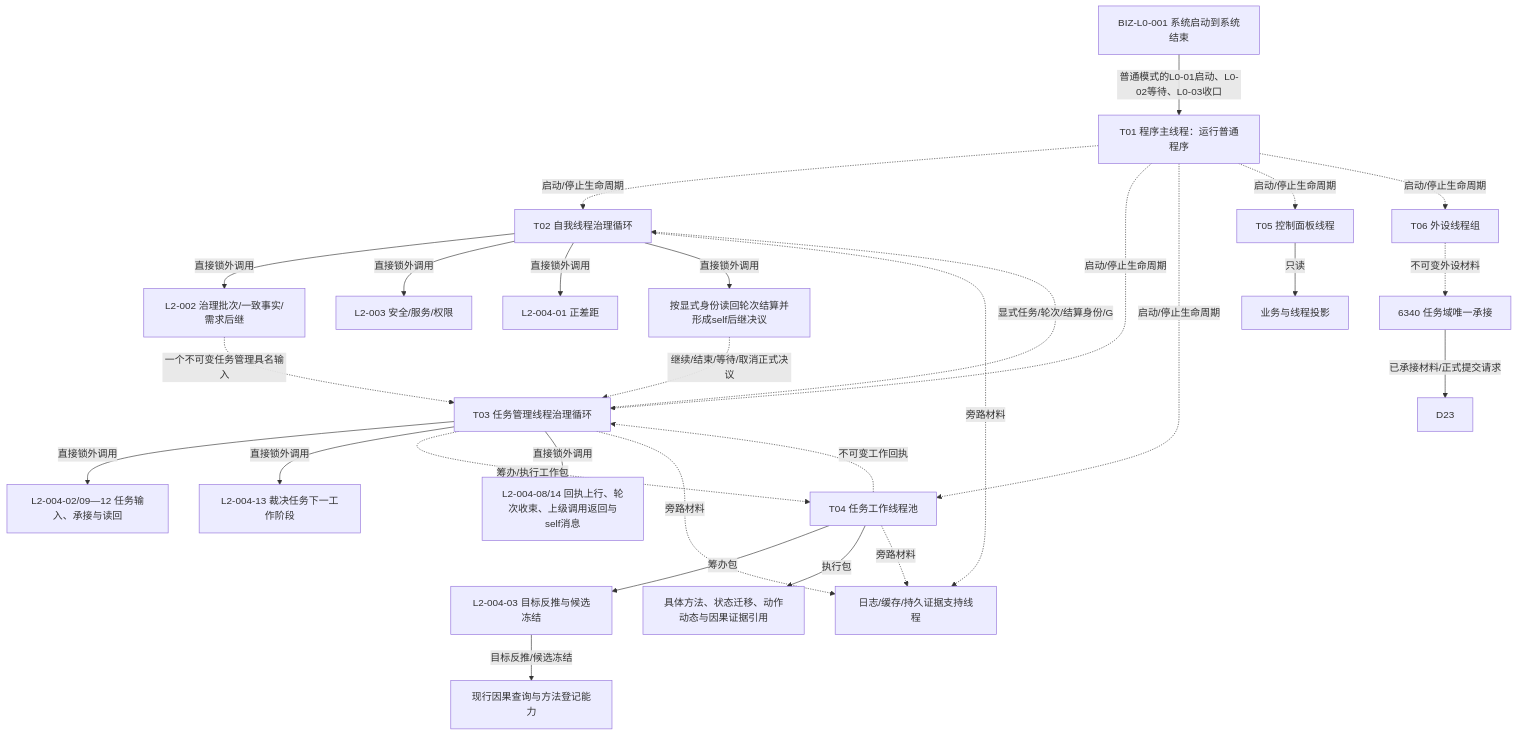
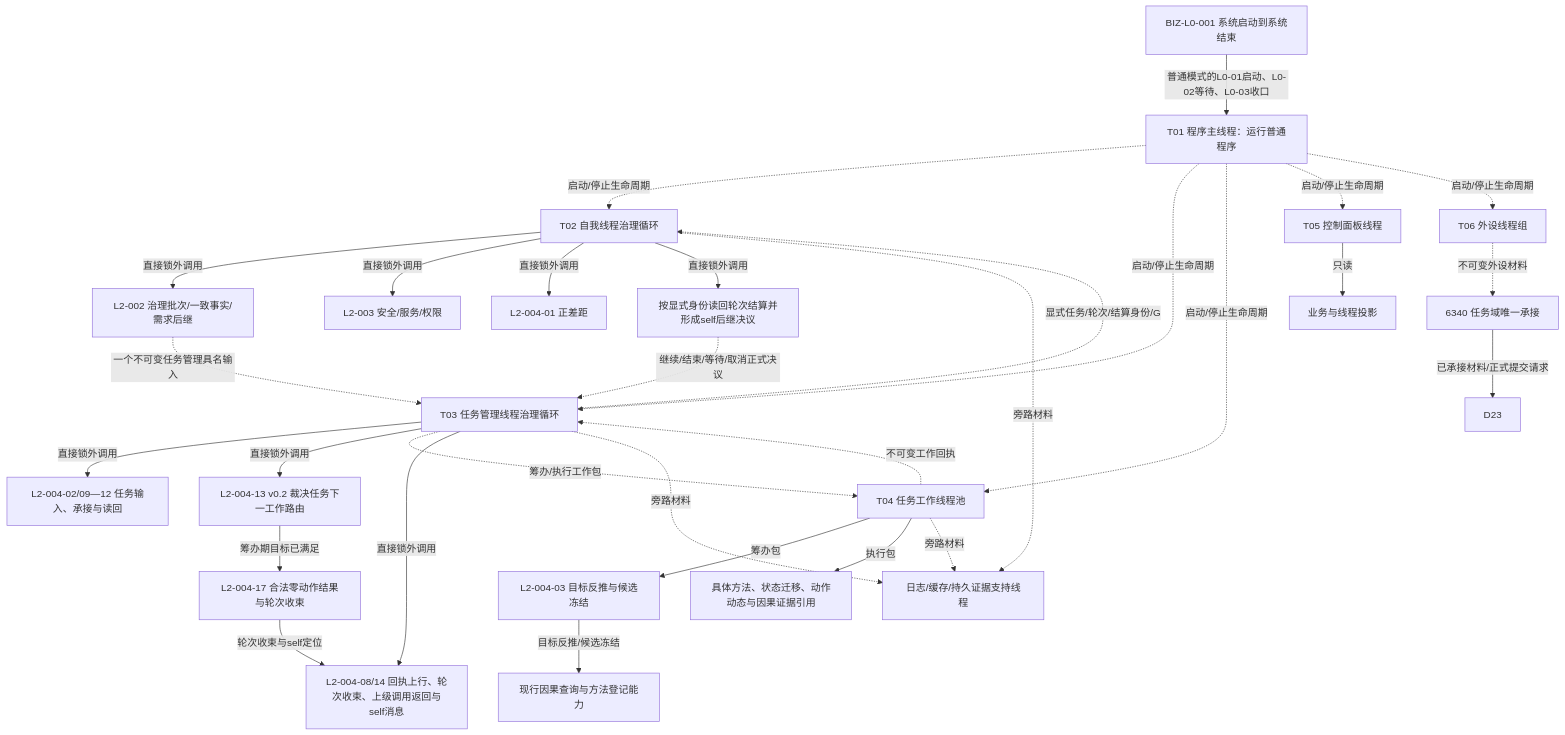
Before and after one commit to chunhaizh-cyber/HY-Ego: the diagram in 流程图/目标业务流程图/业务节点到能力与目标函数映射.md, drawn with Mermaid. The commit also changed other lines of this file and 17 other files, not shown here.

````diff
--- a/流程图/目标业务流程图/业务节点到能力与目标函数映射.md
+++ b/流程图/目标业务流程图/业务节点到能力与目标函数映射.md
@@ -515,30 +517,32 @@
 ```mermaid
 flowchart TD
     L0["BIZ-L0-001 系统启动到系统结束"] -->|普通模式的L0-01启动、L0-02等待、L0-03收口| T01["T01 程序主线程：运行普通程序"]
     T01 -. "启动/停止生命周期" .-> T02["T02 自我线程治理循环"]
     T01 -. "启动/停止生命周期" .-> T03["T03 任务管理线程治理循环"]
     T01 -. "启动/停止生命周期" .-> T04["T04 任务工作线程池"]
     T01 -. "启动/停止生命周期" .-> T05["T05 控制面板线程"]
     T01 -. "启动/停止生命周期" .-> T06["T06 外设线程组"]
     T02 -->|直接锁外调用| G02["L2-002 治理批次/一致事实/需求后继"]
     T02 -->|直接锁外调用| S03["L2-003 安全/服务/权限"]
     T02 -->|直接锁外调用| D01["L2-004-01 正差距"]
     G02 -. "一个不可变任务管理具名输入" .-> T03
     T03 -->|直接锁外调用| D02["L2-004-02/09—12 任务输入、承接与读回"]
-    T03 -->|直接锁外调用| DSTATE["L2-004-13 裁决任务下一工作阶段"]
+    T03 -->|直接锁外调用| DSTATE["L2-004-13 v0.2 裁决任务下一工作路由"]
+    DSTATE -->|筹办期目标已满足| DZERO["L2-004-17 合法零动作结果与轮次收束"]
     T03 -. "筹办/执行工作包" .-> T04
     T04 -->|筹办包| D03["L2-004-03 目标反推与候选冻结"]
     D03 -->|目标反推/候选冻结| C01["现行因果查询与方法登记能力"]
     T04 -->|执行包| A01["具体方法、状态迁移、动作动态与因果证据引用"]
     T04 -. "不可变工作回执" .-> T03
     T03 -->|直接锁外调用| D58["L2-004-08/14 回执上行、轮次收束、上级调用返回与self消息"]
+    DZERO -->|轮次收束与self定位| D58
     T03 -. "显式任务/轮次/结算身份/G" .-> T02
     T02 -->|直接锁外调用| D06["按显式身份读回轮次结算并形成self后继决议"]
     D06 -. "继续/结束/等待/取消正式决议" .-> T03
     T06 -. "不可变外设材料" .-> E01["6340 任务域唯一承接"]
     E01 -->|已承接材料/正式提交请求| D23
     T05 -->|只读| P01["业务与线程投影"]
     T02 -. "旁路材料" .-> SUP["日志/缓存/持久证据支持线程"]
     T03 -. "旁路材料" .-> SUP
     T04 -. "旁路材料" .-> SUP
 ```
````
